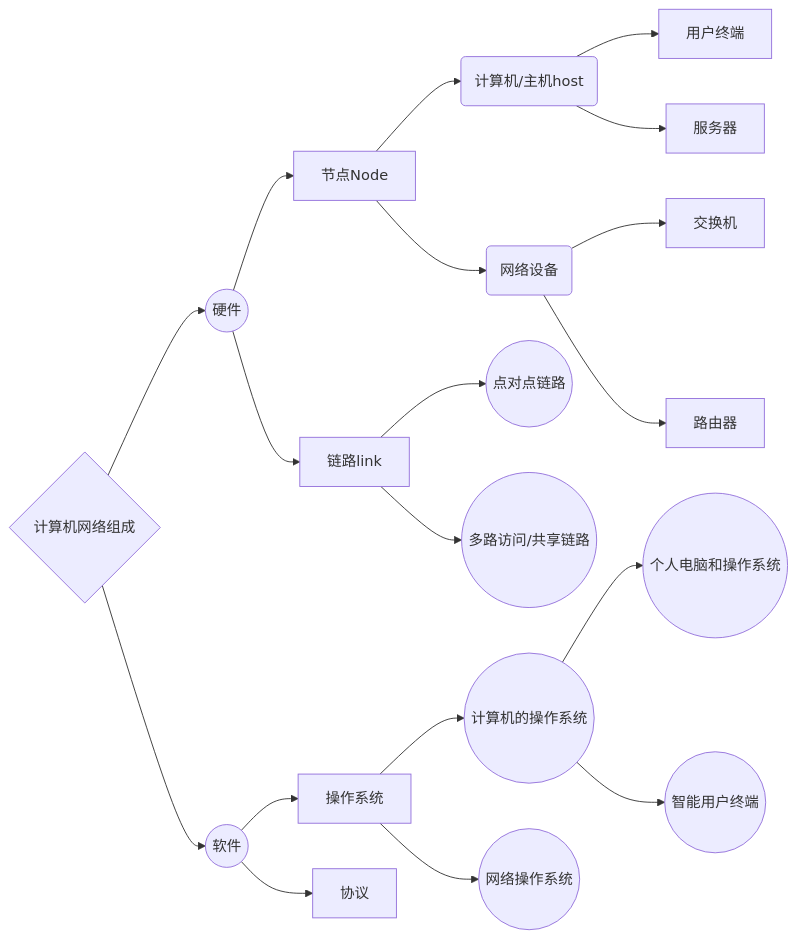
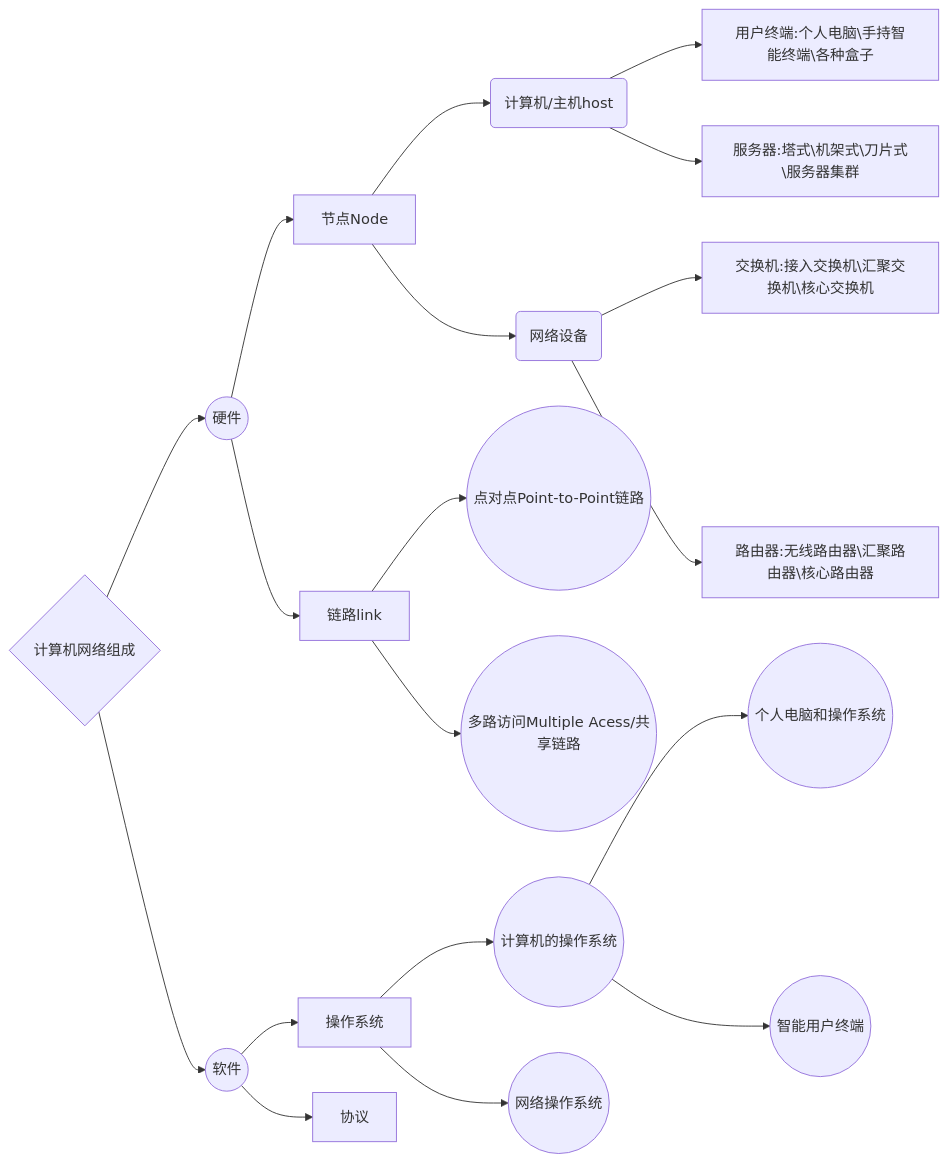
One commit to forget-eve/Computer-Network changed the diagram in README.md. Above: the diagram before and after it, drawn with Mermaid. The commit also changed other lines of this file, not shown here.

````diff
--- a/README.md
+++ b/README.md
@@ -16,21 +52,21 @@
 ```mermaid
 graph LR
 A{计算机网络组成} --> B((硬件))
 A --> C((软件))
 B --> D[节点Node]
 D --> E(计算机/主机host)
 D --> F(网络设备)
-E --> H[用户终端]
-E --> I[服务器]
-F --> J[交换机]
-F --> K[路由器]
+E --> H[用户终端:个人电脑\手持智能终端\各种盒子]
+E --> I[服务器:塔式\机架式\刀片式\服务器集群]
+F --> J[交换机:接入交换机\汇聚交换机\核心交换机]
+F --> K[路由器:无线路由器\汇聚路由器\核心路由器]
 B --> G[链路link]
-G --> L((点对点链路))
-G --> M((多路访问/共享链路))
+G --> L((点对点Point-to-Point链路))
+G --> M((多路访问Multiple Acess/共享链路))
 C --> N[操作系统]
 C --> O[协议]
 N --> P((计算机的操作系统))
 N --> Q((网络操作系统))
 P --> R((个人电脑和操作系统))
 P --> S((智能用户终端))
 ```
````
